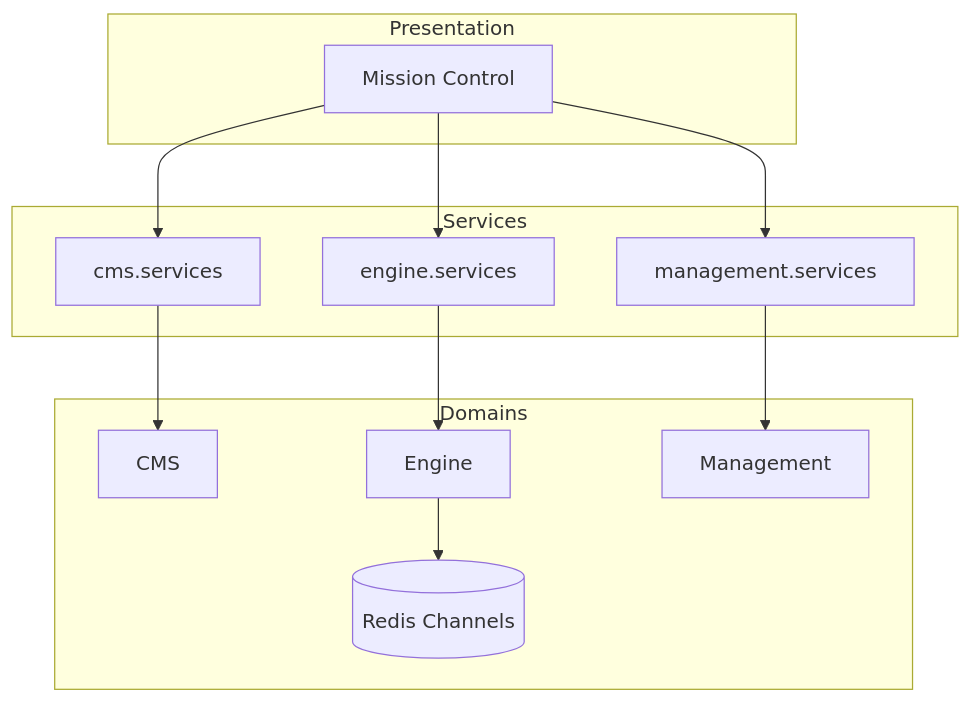
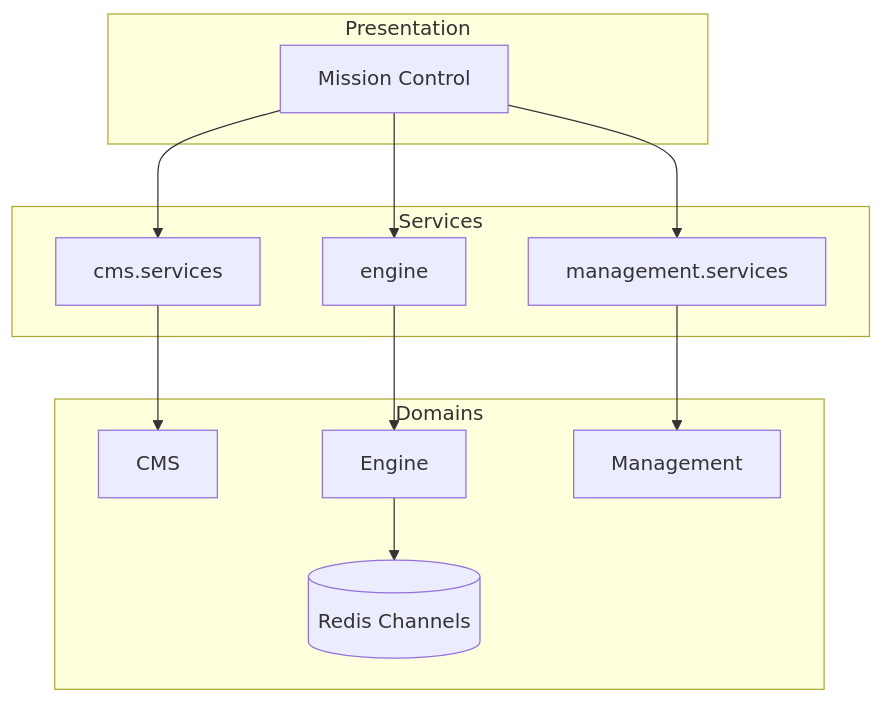
The first of 3 diagrams in shifter/shifter_platform/documentation/docs/shifter_platform/index.md (PaloAltoNetworks/shifter), drawn with Mermaid before and after one commit. The commit also changed other lines of this file and 82 other files, not shown here.

Commit message:
Add shared schemas for range config

````diff
--- a/shifter/shifter_platform/documentation/docs/shifter_platform/index.md
+++ b/shifter/shifter_platform/documentation/docs/shifter_platform/index.md
@@ -9,19 +9,19 @@
 ```mermaid
 graph TB
     subgraph Presentation
         MC[Mission Control]
     end
 
     subgraph Services
         MC --> CMS_SVC[cms.services]
-        MC --> ENG_SVC[engine.services]
+        MC --> ENG_SVC[engine]
         MC --> MGT_SVC[management.services]
     end
 
     subgraph Domains
         CMS_SVC --> CMS[CMS]
         ENG_SVC --> ENG[Engine]
         MGT_SVC --> MGT[Management]
         ENG --> Redis[(Redis Channels)]
     end
 ```
````
